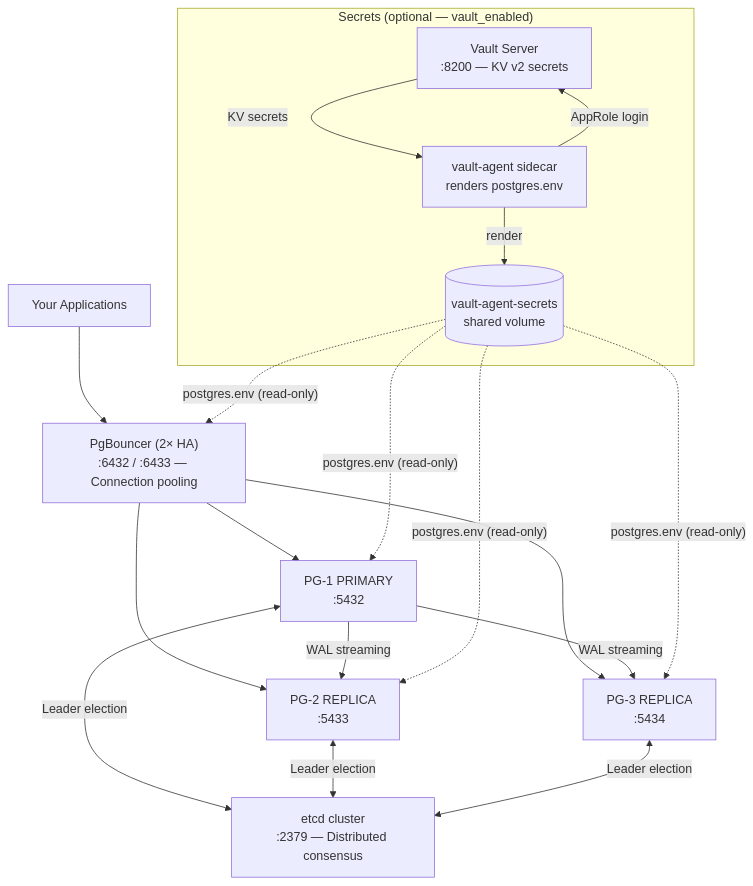
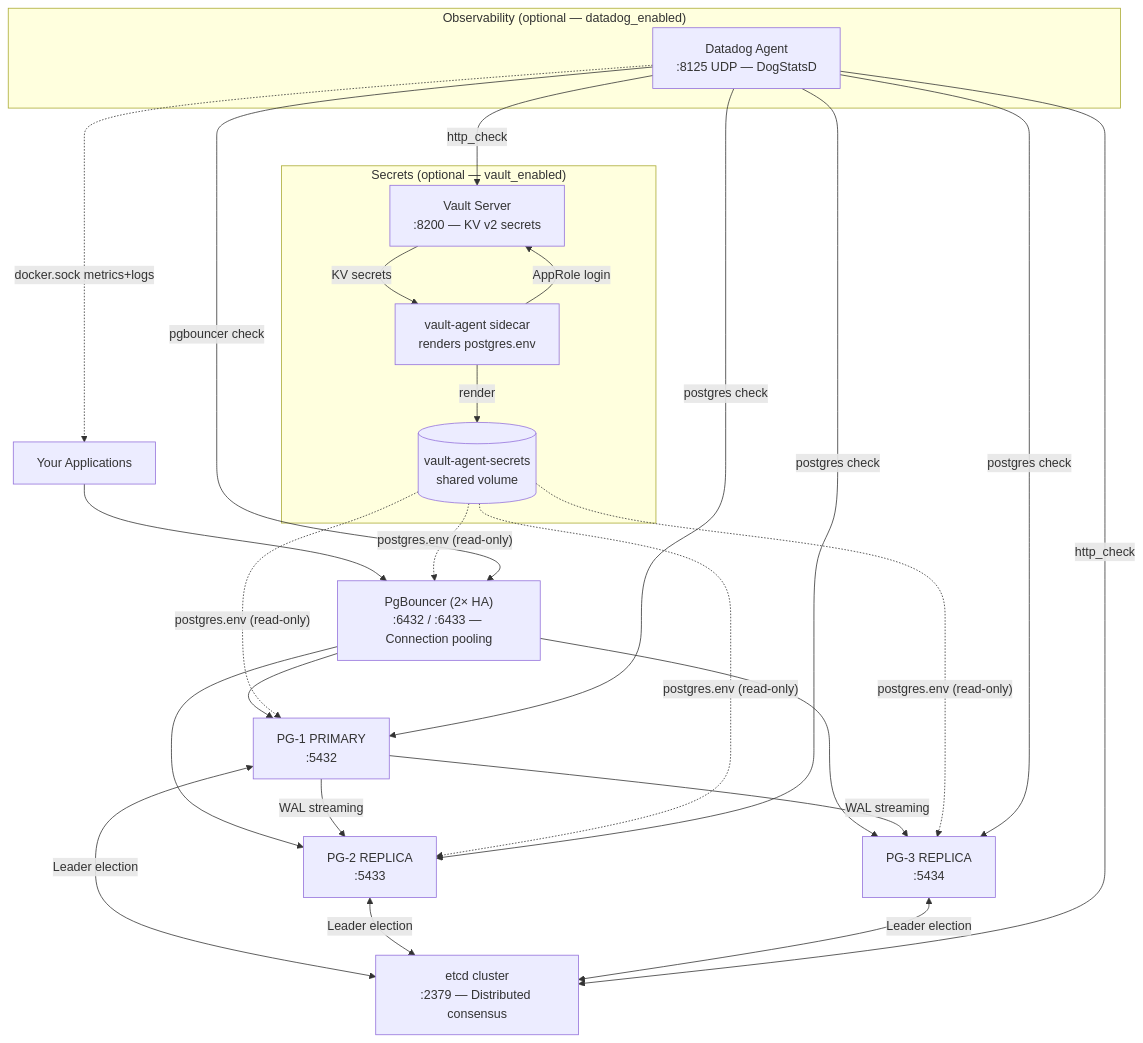
One commit to venkatajangala/terraform-docker-container-postgres changed the diagram in docs/getting-started/02-NEW-USER-GUIDE.md. Above: the diagram before and after it, drawn with Mermaid. The commit also changed other lines of this file and 6 other files, not shown here.

First line of the commit message:
docs: add Datadog observability coverage across all documentation

````diff
--- a/docs/getting-started/02-NEW-USER-GUIDE.md
+++ b/docs/getting-started/02-NEW-USER-GUIDE.md
@@ -9,25 +9,33 @@
 ```mermaid
 graph TD
     APP["Your Applications"]
     PGB["PgBouncer (2× HA)<br/>:6432 / :6433 — Connection pooling"]
     PG1["PG-1 PRIMARY<br/>:5432"]
     PG2["PG-2 REPLICA<br/>:5433"]
     PG3["PG-3 REPLICA<br/>:5434"]
     ETCD["etcd cluster<br/>:2379 — Distributed consensus"]
 
     subgraph SECRETS["Secrets (optional — vault_enabled)"]
         VAULT["Vault Server<br/>:8200 — KV v2 secrets"]
         AGENT["vault-agent sidecar<br/>renders postgres.env"]
         SVOL[("vault-agent-secrets\nshared volume")]
     end
 
+    subgraph OBS["Observability (optional — datadog_enabled)"]
+        DD["Datadog Agent<br/>:8125 UDP — DogStatsD"]
+    end
+
     APP --> PGB
     PGB --> PG1 & PG2 & PG3
     PG1 -->|"WAL streaming"| PG2 & PG3
     PG1 & PG2 & PG3 <-->|"Leader election"| ETCD
     AGENT -->|"AppRole login"| VAULT
     VAULT -->|"KV secrets"| AGENT
     AGENT -->|"render"| SVOL
     SVOL -. "postgres.env (read-only)" .-> PG1 & PG2 & PG3
     SVOL -. "postgres.env (read-only)" .-> PGB
+    DD -->|"postgres check"| PG1 & PG2 & PG3
+    DD -->|"pgbouncer check"| PGB
+    DD -->|"http_check"| ETCD & VAULT
+    DD -. "docker.sock metrics+logs" .-> APP
 ```
````
